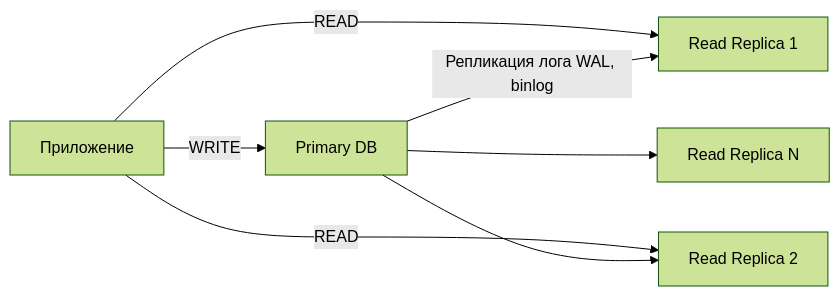
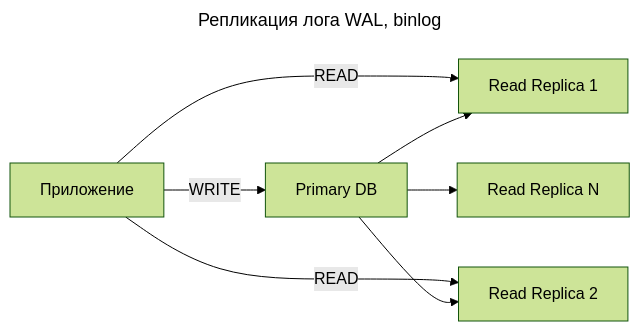
Before and after one commit to mrtxee/enterprise-developer-almanac: the diagram in software-engineer/паттерны/scaling/read-replica.md, drawn with Mermaid (forest theme). The commit also changed 18 other files, not shown here.

````diff
--- a/software-engineer/паттерны/scaling/read-replica.md
+++ b/software-engineer/паттерны/scaling/read-replica.md
@@ -22,10 +22,13 @@
 ```mermaid
+---
+title: Репликация лога WAL, binlog
+---
 graph LR
-    A[Primary DB] -->|Репликация лога WAL, binlog| B[Read Replica 1]
+    A[Primary DB] --> B[Read Replica 1]
     A --> C[Read Replica 2]
     A --> D[Read Replica N]
 
     E[Приложение] -->|WRITE| A
     E -->|READ| B
     E -->|READ| C
 ```
````
